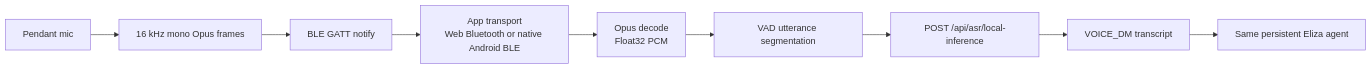
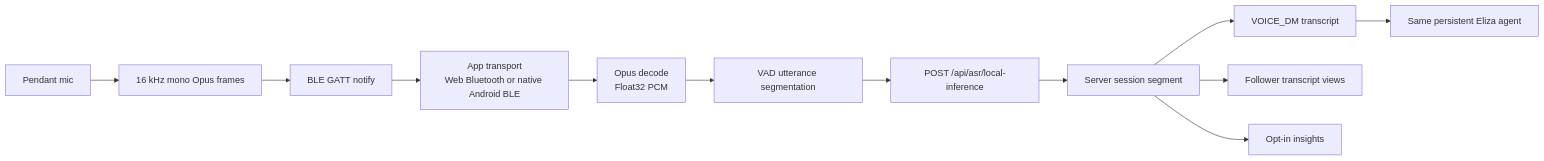
Before and after one commit to 0xSolace/eliza: the diagram in packages/docs/apps/pendant/index.mdx, drawn with Mermaid. The commit also changed other lines of this file and 36 other files, not shown here.

````diff
--- a/packages/docs/apps/pendant/index.mdx
+++ b/packages/docs/apps/pendant/index.mdx
@@ -11,11 +11,14 @@
 ```mermaid
 flowchart LR
   Mic["Pendant mic"] --> Opus["16 kHz mono Opus frames"]
   Opus --> Gatt["BLE GATT notify"]
   Gatt --> Transport["App transport<br/>Web Bluetooth or native Android BLE"]
   Transport --> Decode["Opus decode<br/>Float32 PCM"]
   Decode --> Vad["VAD utterance segmentation"]
   Vad --> Asr["POST /api/asr/local-inference"]
-  Asr --> VoiceDm["VOICE_DM transcript"]
+  Asr --> Session["Server session segment"]
+  Session --> VoiceDm["VOICE_DM transcript"]
+  Session --> Followers["Follower transcript views"]
+  Session --> Insights["Opt-in insights"]
   VoiceDm --> Agent["Same persistent Eliza agent"]
 ```
````
